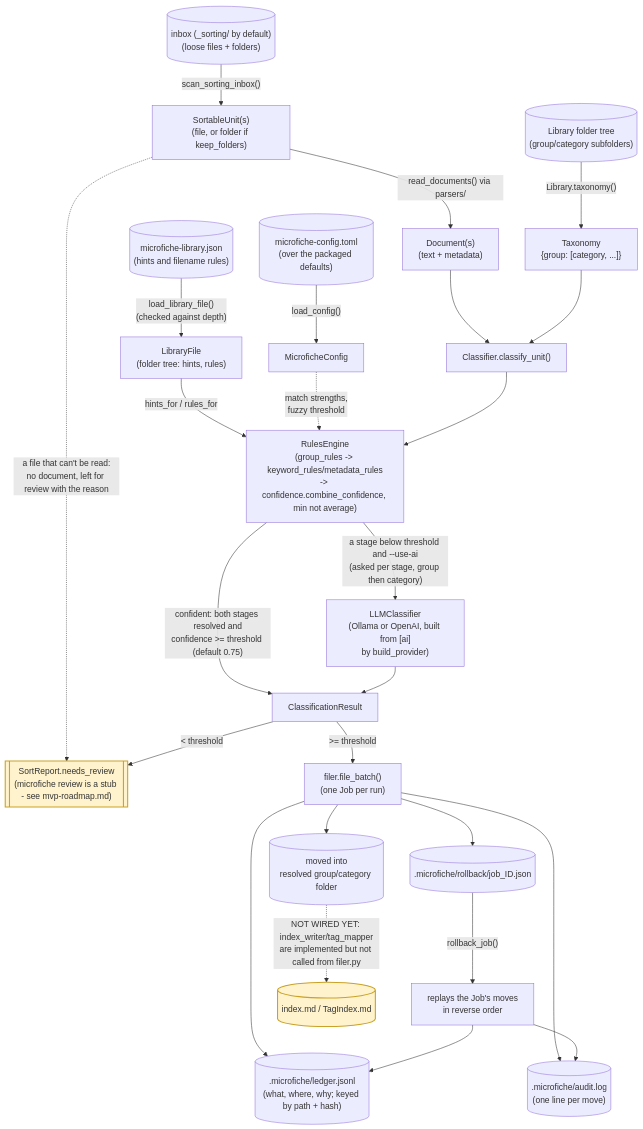
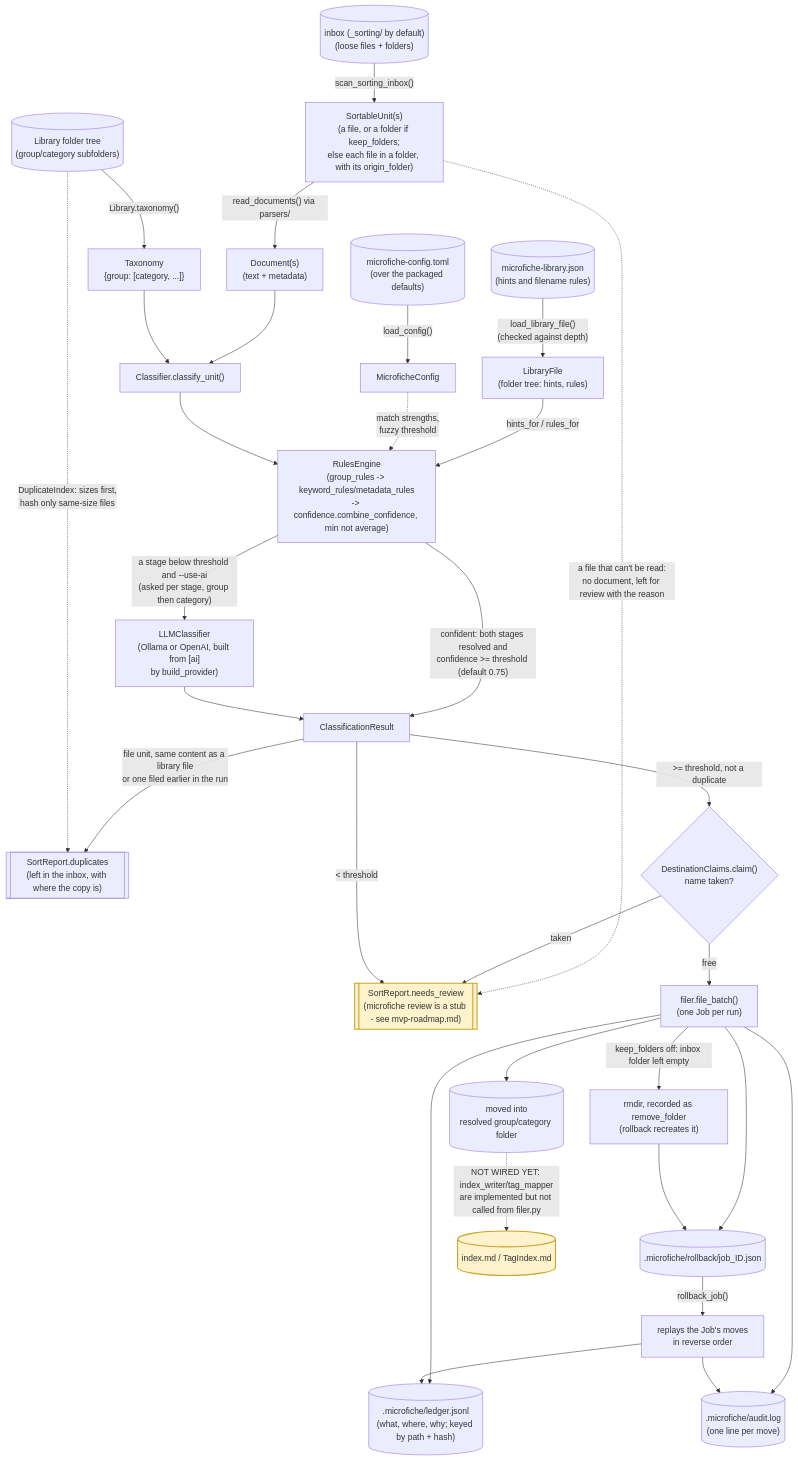
The second of 2 diagrams in docs/development/module-diagram.md (richard-gledhill/microfiche), drawn with Mermaid before and after one commit. The commit also changed other lines of this file and 33 other files, not shown here.

````diff
--- a/docs/development/module-diagram.md
+++ b/docs/development/module-diagram.md
@@ -242,39 +250,45 @@
 ```mermaid
 flowchart TD
     LibraryTree[("Library folder tree\n(group/category subfolders)")]
     SortingInbox[("inbox (_sorting/ by default)\n(loose files + folders)")]
     ConfigFile[("microfiche-config.toml\n(over the packaged defaults)")]
     LibraryFileJson[("microfiche-library.json\n(hints and filename rules)")]
 
     LibraryTree -->|"Library.taxonomy()"| Taxonomy["Taxonomy\n{group: [category, ...]}"]
     ConfigFile -->|"load_config()"| Config["MicroficheConfig"]
     LibraryFileJson -->|"load_library_file()\n(checked against depth)"| LibraryFile["LibraryFile\n(folder tree: hints, rules)"]
-    SortingInbox -->|"scan_sorting_inbox()"| Units["SortableUnit(s)\n(file, or folder if keep_folders)"]
+    SortingInbox -->|"scan_sorting_inbox()"| Units["SortableUnit(s)\n(a file, or a folder if keep_folders;\nelse each file in a folder, with its origin_folder)"]
     Units -->|"read_documents() via parsers/"| Documents["Document(s)\n(text + metadata)"]
     Units -.->|"a file that can't be read:\nno document, left for review with the reason"| NeedsReview
 
     Documents --> ClassifyUnit["Classifier.classify_unit()"]
     Taxonomy --> ClassifyUnit
     LibraryFile -->|"hints_for / rules_for"| RulesEngine
     Config -.->|"match strengths,\nfuzzy threshold"| RulesEngine
     ClassifyUnit --> RulesEngine["RulesEngine\n(group_rules -> keyword_rules/metadata_rules\n-> confidence.combine_confidence, min not average)"]
     RulesEngine -->|"confident: both stages resolved and\nconfidence >= threshold (default 0.75)"| Result["ClassificationResult"]
     RulesEngine -->|"a stage below threshold and --use-ai\n(asked per stage, group then category)"| LLM["LLMClassifier\n(Ollama or OpenAI, built from [ai]\nby build_provider)"]
     LLM --> Result
 
-    Result -->|">= threshold"| FileUnit["filer.file_batch()\n(one Job per run)"]
-    Result -->|"< threshold"| NeedsReview[["SortReport.needs_review\n(microfiche review is a stub - see mvp-roadmap.md)"]]
+    Result -->|"file unit, same content as a library file\nor one filed earlier in the run"| Duplicates[["SortReport.duplicates\n(left in the inbox, with where the copy is)"]]
+    LibraryTree -.->|"DuplicateIndex: sizes first,\nhash only same-size files"| Duplicates
+    Result -->|">= threshold, not a duplicate"| Claim{"DestinationClaims.claim()\nname taken?"}
+    Claim -->|"free"| FileUnit["filer.file_batch()\n(one Job per run)"]
+    Claim -->|"taken"| NeedsReview[["SortReport.needs_review\n(microfiche review is a stub - see mvp-roadmap.md)"]]
+    Result -->|"< threshold"| NeedsReview
 
     FileUnit --> FiledDoc[("moved into\nresolved group/category folder")]
     FileUnit --> Ledger[(".microfiche/ledger.jsonl\n(what, where, why; keyed by path + hash)")]
     FileUnit --> AuditLog[(".microfiche/audit.log\n(one line per move)")]
     FileUnit --> JobFile[(".microfiche/rollback/job_ID.json")]
+    FileUnit -->|"keep_folders off: inbox folder left empty"| RemoveFolder["rmdir, recorded as remove_folder\n(rollback recreates it)"]
+    RemoveFolder --> JobFile
     JobFile -->|"rollback_job()"| Rollback["replays the Job's moves\nin reverse order"]
     Rollback --> Ledger
     Rollback --> AuditLog
 
     FiledDoc -.->|"NOT WIRED YET: index_writer/tag_mapper\nare implemented but not called from filer.py"| ObsidianOut[("index.md / TagIndex.md")]
 
     classDef gap fill:#fff3cd,stroke:#c9a227,stroke-width:2px
     class NeedsReview,ObsidianOut gap
 ```
````
